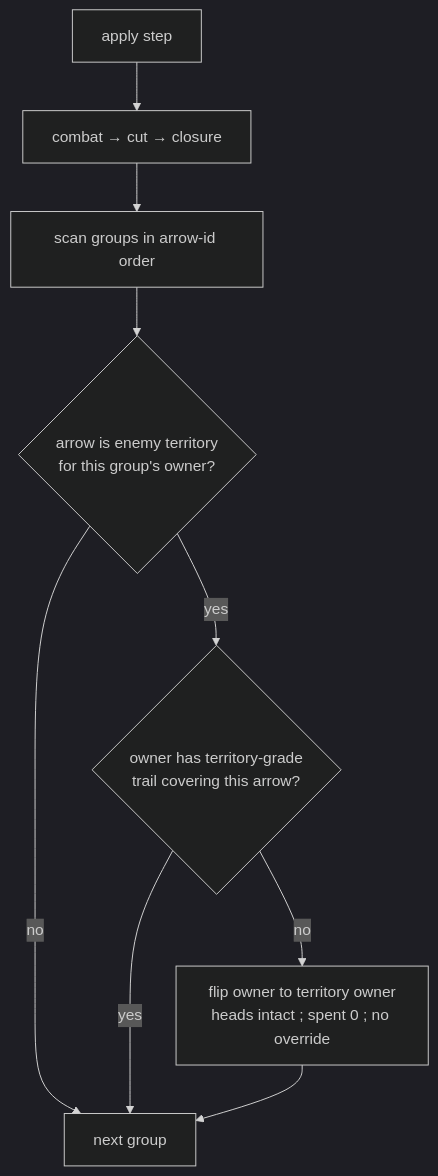
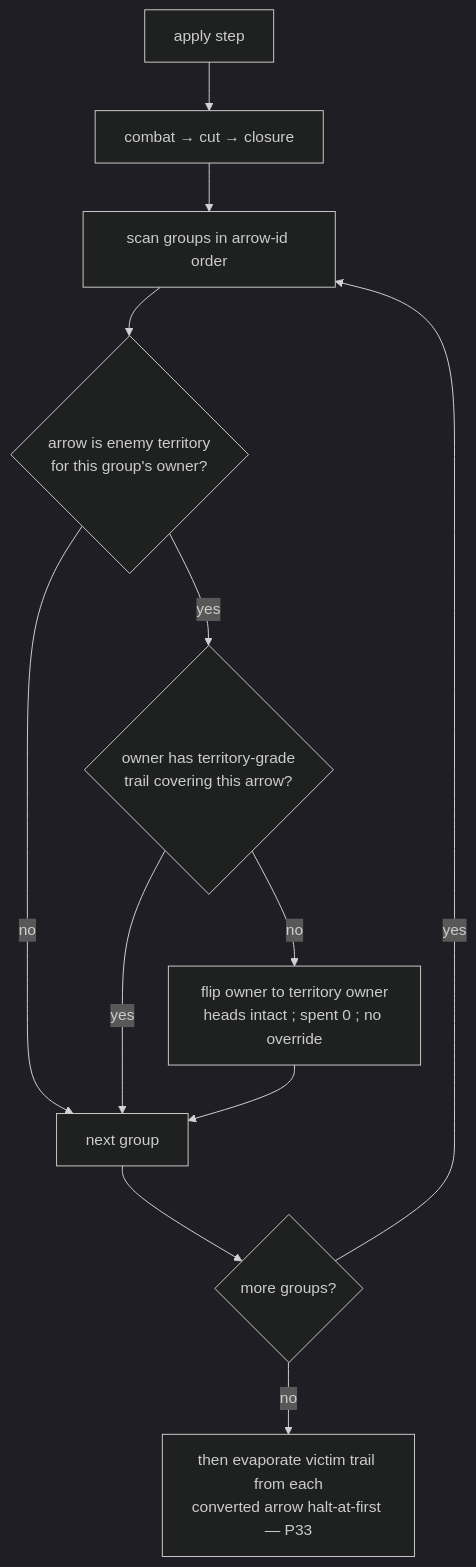
The diagram in docs/spec/encirclement/encirclement.md (hochgi/arrows_conqueror), drawn with Mermaid (dark theme) before and after one commit. The commit also changed other lines of this file and 23 other files, not shown here.

First line of the commit message:
feat(rules): wipe encircled enemy trail on convert (P33)

````diff
--- a/docs/spec/encirclement/encirclement.md
+++ b/docs/spec/encirclement/encirclement.md
@@ -39,11 +41,14 @@
 ```mermaid
 flowchart TD
   Apply["apply step"] --> C["combat → cut → closure"]
   C --> Scan["scan groups in arrow-id order"]
   Scan --> P{"arrow is enemy territory<br/>for this group's owner?"}
   P -- no --> Next["next group"]
   P -- yes --> G{"owner has territory-grade<br/>trail covering this arrow?"}
   G -- yes --> Next
   G -- no --> Flip["flip owner to territory owner<br/>heads intact #59; spent 0 #59; no override"]
   Flip --> Next
+  Next --> More{"more groups?"}
+  More -- yes --> Scan
+  More -- no --> Wipe["then evaporate victim trail from each<br/>converted arrow halt-at-first — P33"]
 ```
````
